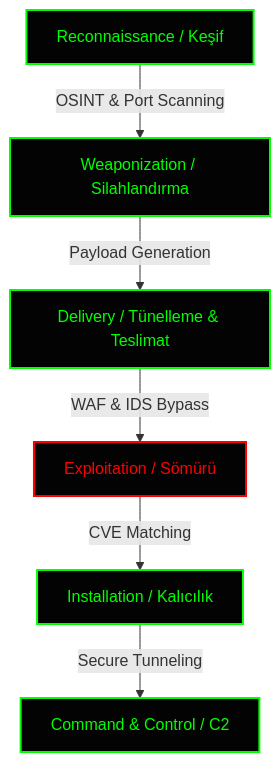
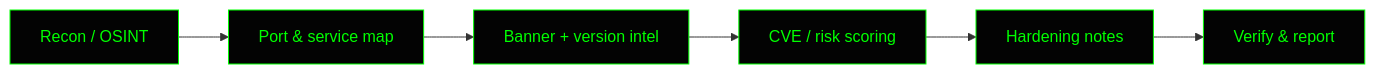
The diagram in README.md (Pireburak/pireburak), drawn with Mermaid before and after one commit. The commit also changed other lines of this file, not shown here.

````diff
--- a/README.md
+++ b/README.md
@@ -114,14 +65,14 @@
 ```mermaid
-graph TD;
-  A[Reconnaissance / Keşif] -->|OSINT & Port Scanning| B[Weaponization / Silahlandırma];
-  B -->|Payload Generation| C[Delivery / Tünelleme & Teslimat];
-  C -->|WAF & IDS Bypass| D[Exploitation / Sömürü];
-  D -->|CVE Matching| E[Installation / Kalıcılık];
-  E -->|Secure Tunneling| F[Command & Control / C2];
-  style A fill:#030303,stroke:#00ff00,stroke-width:2px,color:#0f0
-  style B fill:#030303,stroke:#00ff00,stroke-width:2px,color:#0f0
-  style C fill:#030303,stroke:#00ff00,stroke-width:2px,color:#0f0
-  style D fill:#030303,stroke:#ff0000,stroke-width:2px,color:#f00
-  style E fill:#030303,stroke:#00ff00,stroke-width:2px,color:#0f0
-  style F fill:#030303,stroke:#00ff00,stroke-width:2px,color:#0f0
+graph LR
+  A[Recon / OSINT] --> B[Port & service map]
+  B --> C[Banner + version intel]
+  C --> D[CVE / risk scoring]
+  D --> E[Hardening notes]
+  E --> F[Verify & report]
+  style A fill:#030303,stroke:#00ff00,color:#0f0
+  style B fill:#030303,stroke:#00ff00,color:#0f0
+  style C fill:#030303,stroke:#00ff00,color:#0f0
+  style D fill:#030303,stroke:#00ff00,color:#0f0
+  style E fill:#030303,stroke:#00ff00,color:#0f0
+  style F fill:#030303,stroke:#00ff00,color:#0f0
 ```
````
